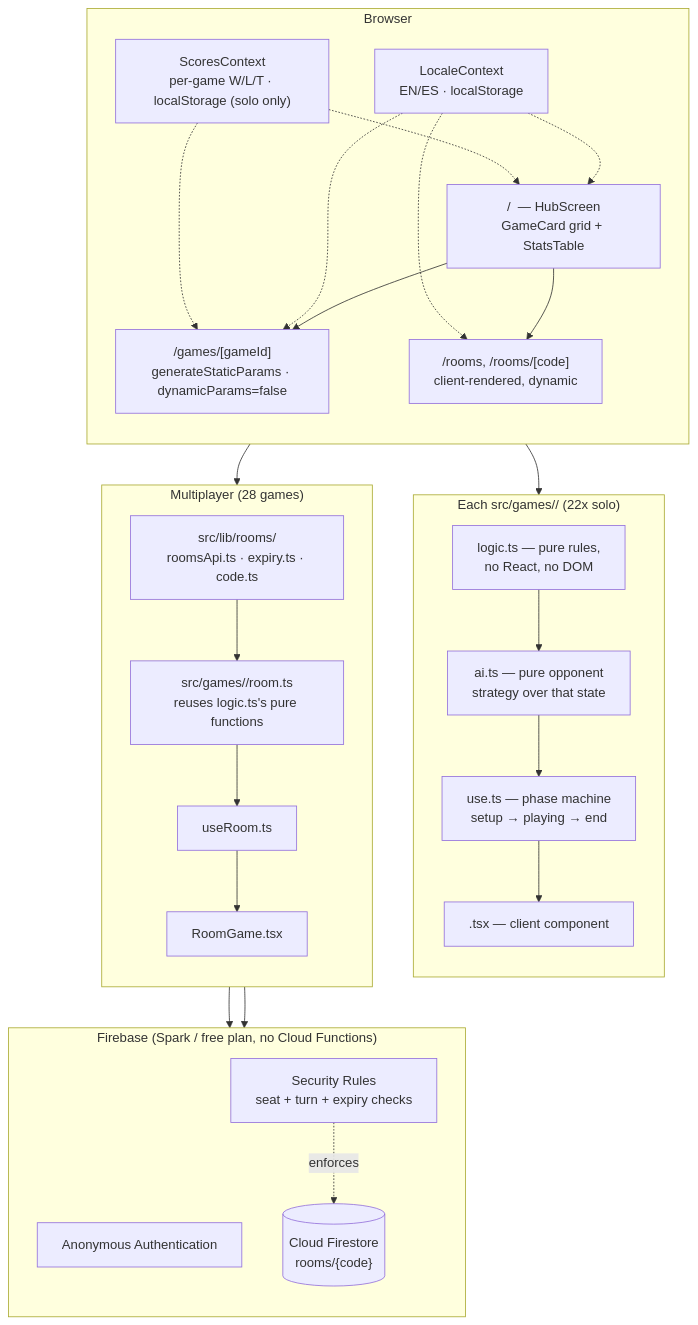
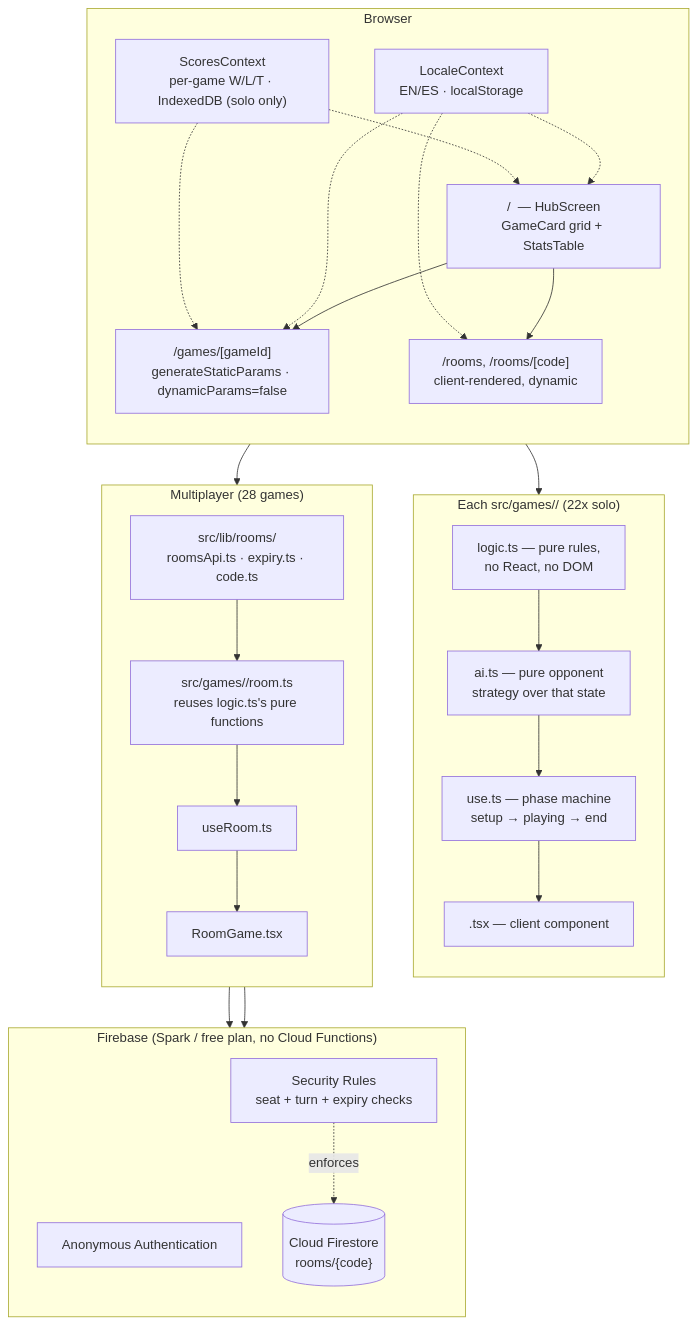
The diagram in README.md (JoanOliver04/minigame-hub), drawn with Mermaid before and after one commit. The commit also changed other lines of this file and 39 other files, not shown here.

````diff
--- a/README.md
+++ b/README.md
@@ -206,50 +210,50 @@
 ```mermaid
 flowchart TB
     subgraph Browser
         direction TB
         Hub["/  — HubScreen<br/>GameCard grid + StatsTable"]
         Game["/games/[gameId]<br/>generateStaticParams · dynamicParams=false"]
         Rooms["/rooms, /rooms/[code]<br/>client-rendered, dynamic"]
         LC["LocaleContext<br/>EN/ES · localStorage"]
-        SC["ScoresContext<br/>per-game W/L/T · localStorage (solo only)"]
+        SC["ScoresContext<br/>per-game W/L/T · IndexedDB (solo only)"]
         Hub --> Game
         Hub --> Rooms
         LC -.-> Hub
         LC -.-> Game
         LC -.-> Rooms
         SC -.-> Hub
         SC -.-> Game
     end
 
     subgraph PerGame["Each src/games/<id>/ (22x solo)"]
         direction TB
         Logic["logic.ts — pure rules,<br/>no React, no DOM"]
         AI["ai.ts — pure opponent<br/>strategy over that state"]
         Hook["use<Name>.ts — phase machine<br/>setup → playing → end"]
         View["<Name>.tsx — client component"]
         Logic --> AI --> Hook --> View
     end
 
     subgraph RoomLayer["Multiplayer (28 games)"]
         direction TB
         RoomLib["src/lib/rooms/<br/>roomsApi.ts · expiry.ts · code.ts"]
         RoomGame["src/games/<id>/room.ts<br/>reuses logic.ts's pure functions"]
         RoomHook["use<Name>Room.ts"]
         RoomView["<Name>RoomGame.tsx"]
         RoomLib --> RoomGame --> RoomHook --> RoomView
     end
 
     Game --> PerGame
     Rooms --> RoomLayer
 
     subgraph Firebase["Firebase (Spark / free plan, no Cloud Functions)"]
         direction TB
         Auth["Anonymous Authentication"]
         FS[("Cloud Firestore<br/>rooms/{code}")]
         Rules["Security Rules<br/>seat + turn + expiry checks"]
     end
 
     RoomLib --> Auth
     RoomLib --> FS
     Rules -.enforces.-> FS
 ```
````
